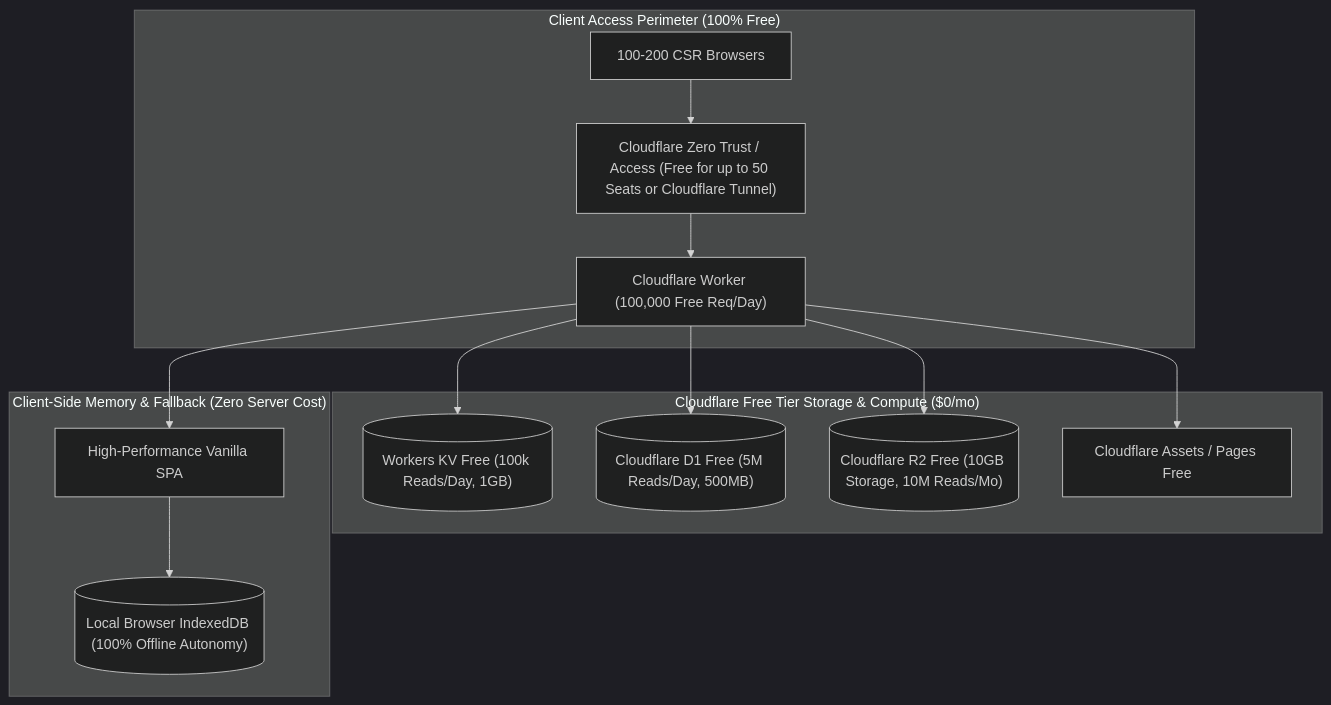
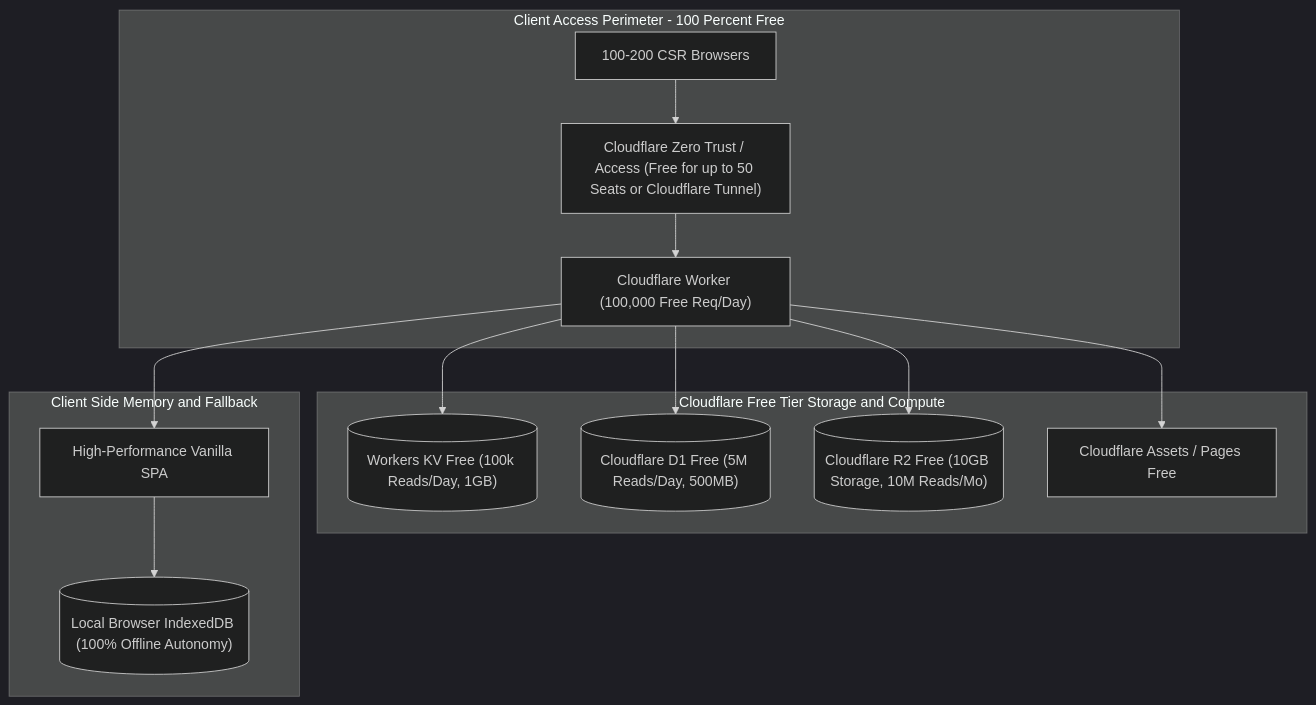
The second of 8 diagrams in synced-docs/cf-admin/documentation/archive/DO NOT SCAN!/CLOUDFLARE_PROD_DEPLOYMENT_PLAN.md (Harshil8136/chess-game1), drawn with Mermaid (dark theme) before and after one commit. The commit also changed other lines of this file and 4 other files, not shown here.

````diff
--- a/synced-docs/cf-admin/documentation/archive/DO NOT SCAN!/CLOUDFLARE_PROD_DEPLOYMENT_PLAN.md
+++ b/synced-docs/cf-admin/documentation/archive/DO NOT SCAN!/CLOUDFLARE_PROD_DEPLOYMENT_PLAN.md
@@ -60,19 +60,19 @@
 ```mermaid
 flowchart TD
-    subgraph ClientAccess ["Client Access Perimeter (100% Free)"]
+    subgraph ClientAccess [Client Access Perimeter - 100 Percent Free]
         CSR["100-200 CSR Browsers"] --> CFZT["Cloudflare Zero Trust / Access (Free for up to 50 Seats or Cloudflare Tunnel)"]
         CFZT --> EdgeWorker["Cloudflare Worker (100,000 Free Req/Day)"]
     end
 
-    subgraph StorageTier ["Cloudflare Free Tier Storage & Compute ($0/mo)"]
+    subgraph StorageTier [Cloudflare Free Tier Storage and Compute]
         EdgeWorker --> KV[("Workers KV Free (100k Reads/Day, 1GB)")]
         EdgeWorker --> D1[("Cloudflare D1 Free (5M Reads/Day, 500MB)")]
         EdgeWorker --> R2[("Cloudflare R2 Free (10GB Storage, 10M Reads/Mo)")]
         EdgeWorker --> Assets["Cloudflare Assets / Pages Free"]
     end
 
-    subgraph ClientMemory ["Client-Side Memory & Fallback (Zero Server Cost)"]
+    subgraph ClientMemory [Client Side Memory and Fallback]
         EdgeWorker --> SPA["High-Performance Vanilla SPA"]
         SPA --> LocalIDB[("Local Browser IndexedDB (100% Offline Autonomy)")]
     end
 ```
````
